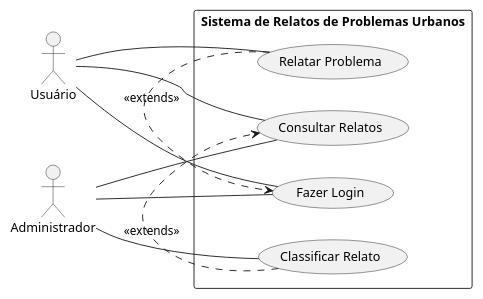
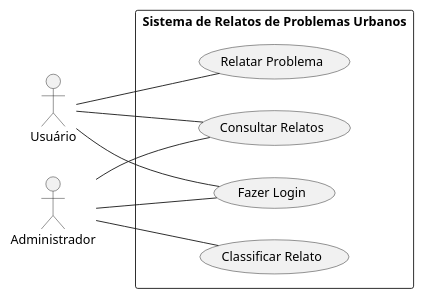
One commit to RenataArdito/Alerta-ADS changed the diagram in UseCase.md. Above: the diagram before and after it, drawn with PlantUML.

````diff
--- a/UseCase.md
+++ b/UseCase.md
@@ -1,28 +1,27 @@
 ```plantuml
 @startuml
 
 scale 0.9
 left to right direction
 
 rectangle "Sistema de Relatos de Problemas Urbanos"{
 
 usecase "Fazer Login" as UC001
 usecase "Relatar Problema" as UC002
 usecase "Classificar Relato" as UC003
 usecase "Consultar Relatos" as UC004
 }
 
 actor "Usuário" as a001
 actor "Administrador" as a002
 
-UC002 .> UC001: <<extends>>
-UC003 .> UC004: <<extends>>
+
 a001 -- UC001
 a001 -- UC002
 a002 -- UC001
 a002 -- UC003
 UC004 -- a001
 UC004 -- a002
 
 @enduml
 ```
````
